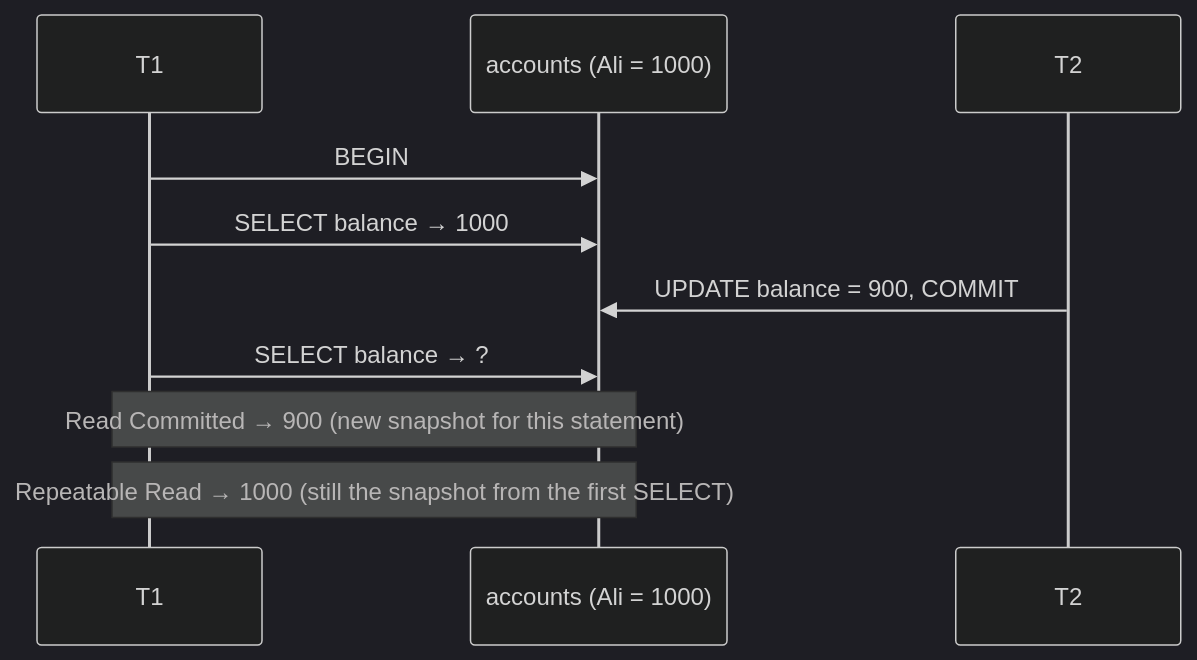
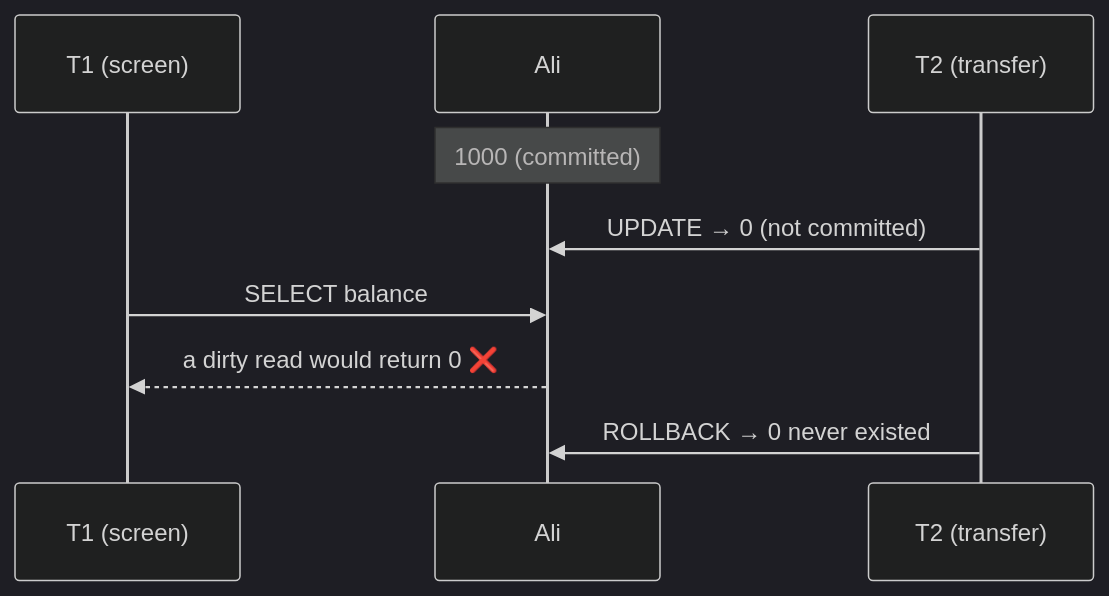
The first of 12 diagrams in Doc/06-transactions-mvcc/02-isolation-levels.md (wesamkhateeb98-creator/postgresql-zero-to-hero), drawn with Mermaid (dark theme) before and after one commit. The commit also changed other lines of this file, not shown here.

````diff
--- a/Doc/06-transactions-mvcc/02-isolation-levels.md
+++ b/Doc/06-transactions-mvcc/02-isolation-levels.md
@@ -22,12 +58,11 @@
 ```mermaid
 sequenceDiagram
-    participant T1 as T1
-    participant DB as accounts (Ali = 1000)
-    participant T2 as T2
-    T1->>DB: BEGIN
-    T1->>DB: SELECT balance → 1000
-    T2->>DB: UPDATE balance = 900, COMMIT
-    T1->>DB: SELECT balance → ?
-    Note over T1,DB: Read Committed → 900 (new snapshot for this statement)
-    Note over T1,DB: Repeatable Read → 1000 (still the snapshot from the first SELECT)
+    participant T1 as T1 (screen)
+    participant DB as Ali
+    participant T2 as T2 (transfer)
+    Note over DB: 1000 (committed)
+    T2->>DB: UPDATE → 0 (not committed)
+    T1->>DB: SELECT balance
+    DB-->>T1: a dirty read would return 0 ❌
+    T2->>DB: ROLLBACK → 0 never existed
 ```
````
